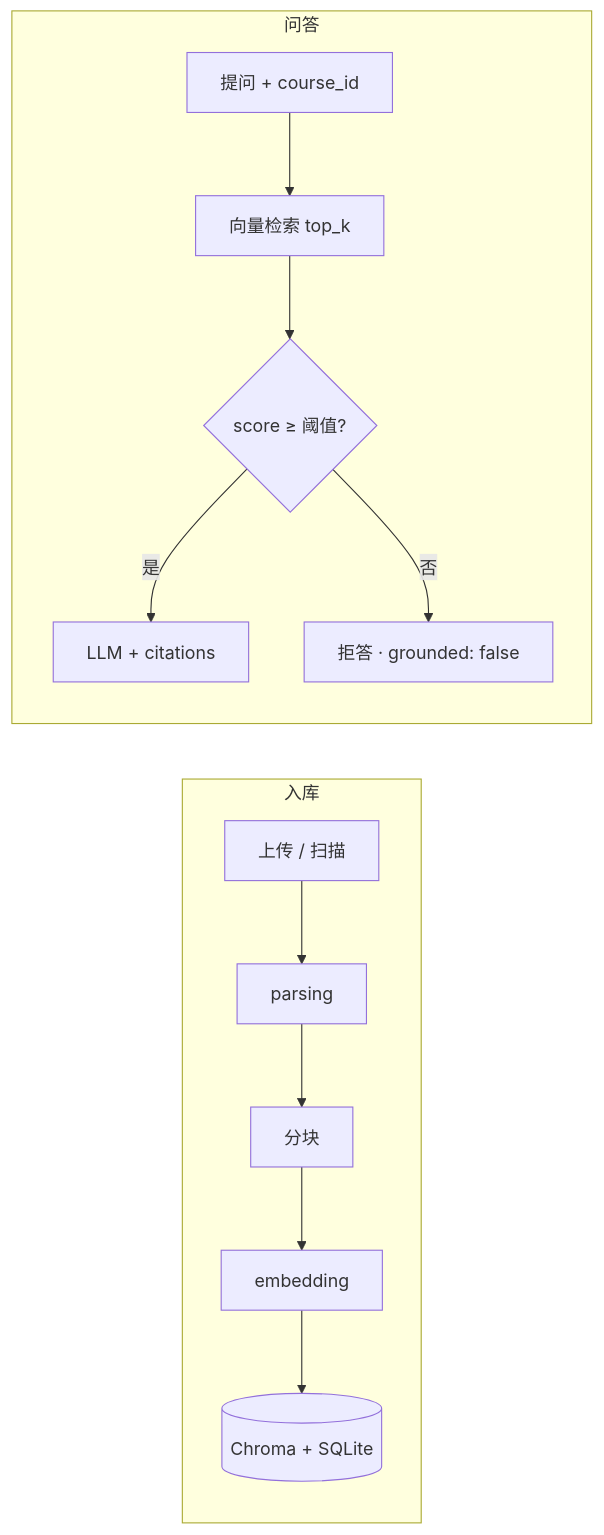
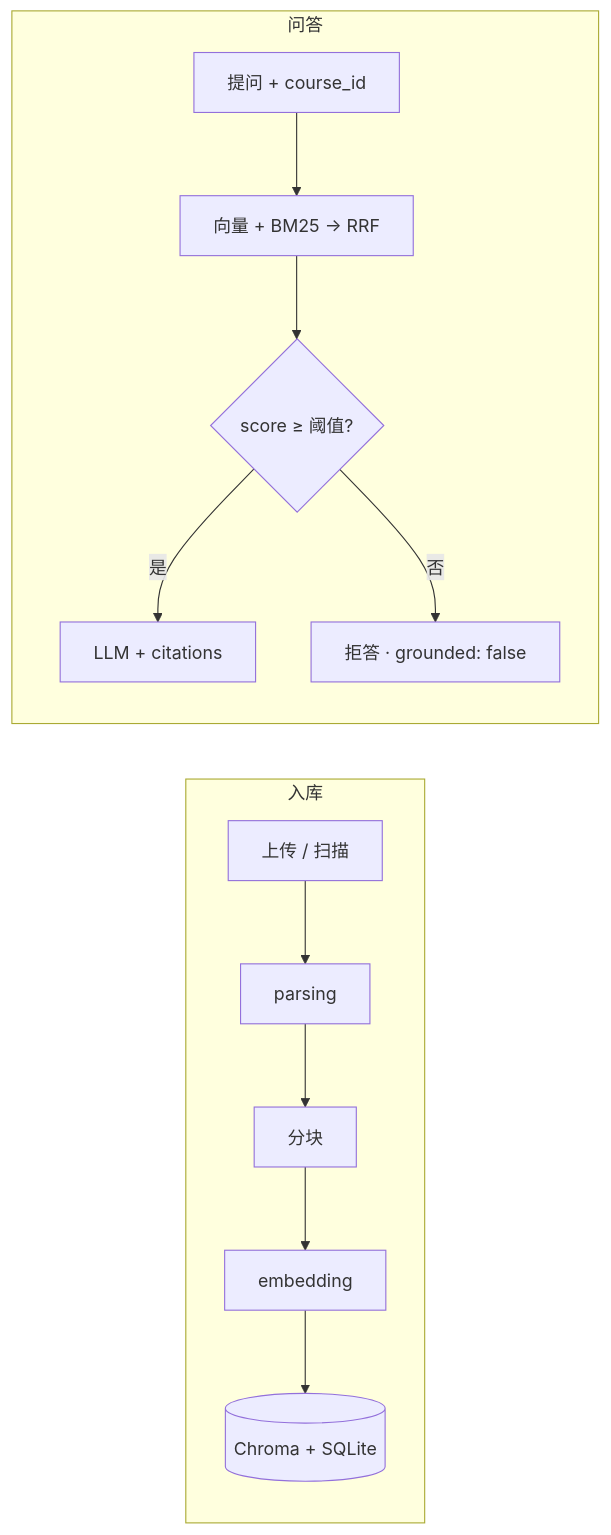
The second of 2 diagrams in README.md (1765889846/exam_qa), drawn with Mermaid before and after one commit. The commit also changed other lines of this file and 29 other files, not shown here.

````diff
--- a/README.md
+++ b/README.md
@@ -91,12 +108,12 @@
 ```mermaid
 flowchart LR
   subgraph ingest["入库"]
     A1["上传 / 扫描"] --> A2["parsing"] --> A3["分块"] --> A4["embedding"] --> A5[("Chroma + SQLite")]
   end
 
   subgraph ask["问答"]
-    B1["提问 + course_id"] --> B2["向量检索 top_k"] --> B3{"score ≥ 阈值?"}
+    B1["提问 + course_id"] --> B2["向量 + BM25 → RRF"] --> B3{"score ≥ 阈值?"}
     B3 -->|是| B4["LLM + citations"]
     B3 -->|否| B5["拒答 · grounded: false"]
   end
 ```
````
